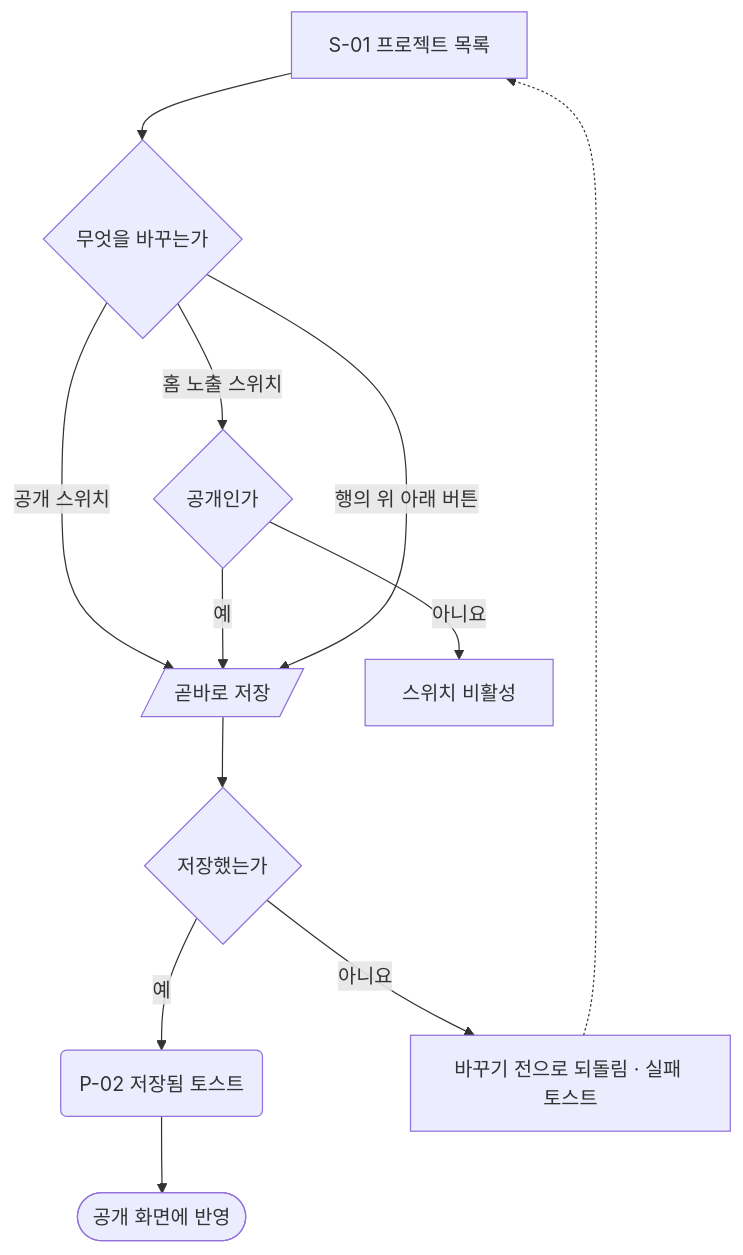
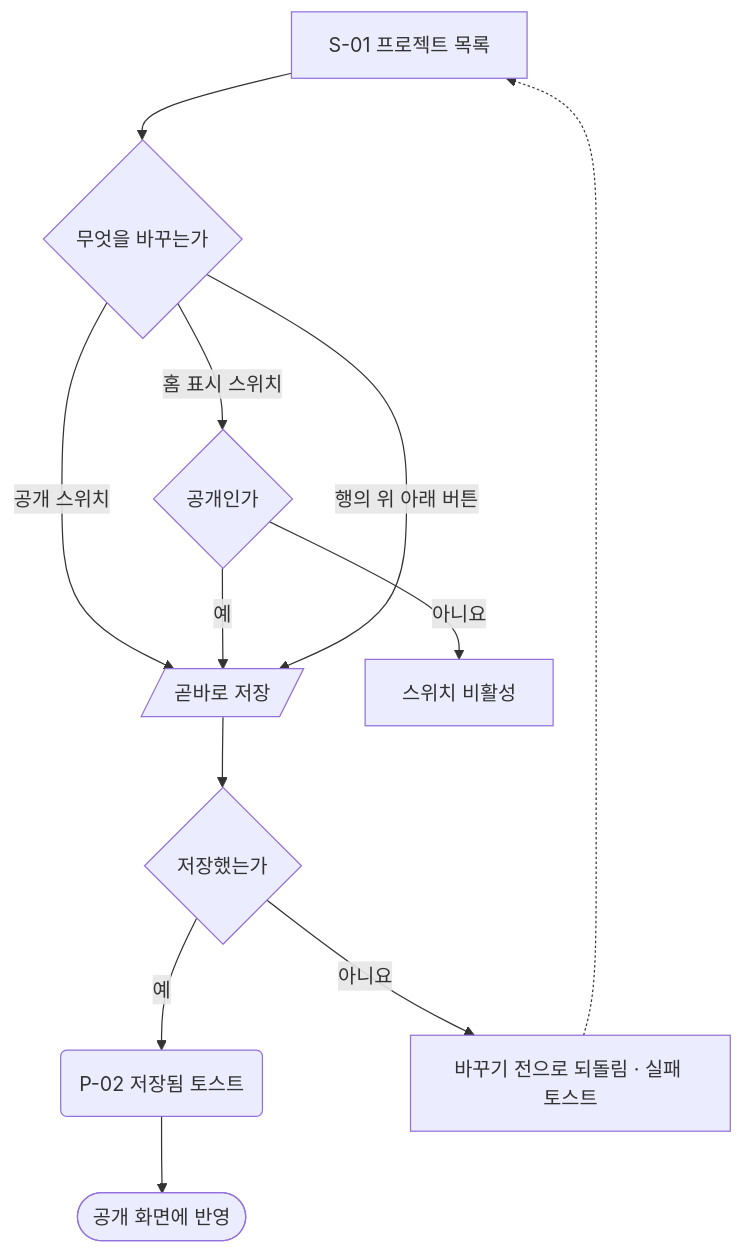
Before and after one commit to GUNIZZI/portfolio: the third of 4 diagrams in docs/plan/admin/userflow.md, drawn with Mermaid. The commit also changed other lines of this file and 24 other files, not shown here.

````diff
--- a/docs/plan/admin/userflow.md
+++ b/docs/plan/admin/userflow.md
@@ -61,14 +61,14 @@
 ```mermaid
 flowchart TD
     LS["S-01 프로젝트 목록"]:::screen --> W{"무엇을 바꾸는가"}:::decision
     W -->|"공개 스위치"| SW[/"곧바로 저장"/]:::api
-    W -->|"홈 노출 스위치"| PB{"공개인가"}:::decision
+    W -->|"홈 표시 스위치"| PB{"공개인가"}:::decision
     PB -->|"아니요"| DIS["스위치 비활성"]:::warn
     PB -->|"예"| SW
     W -->|"행의 위 아래 버튼"| SW
     SW --> SR{"저장했는가"}:::decision
     SR -->|"예"| T("P-02 저장됨 토스트"):::dialog
     SR -->|"아니요"| BK["바꾸기 전으로 되돌림 · 실패 토스트"]:::warn
     BK -.-> LS
     T --> END(["공개 화면에 반영"]):::done
 ```
````
